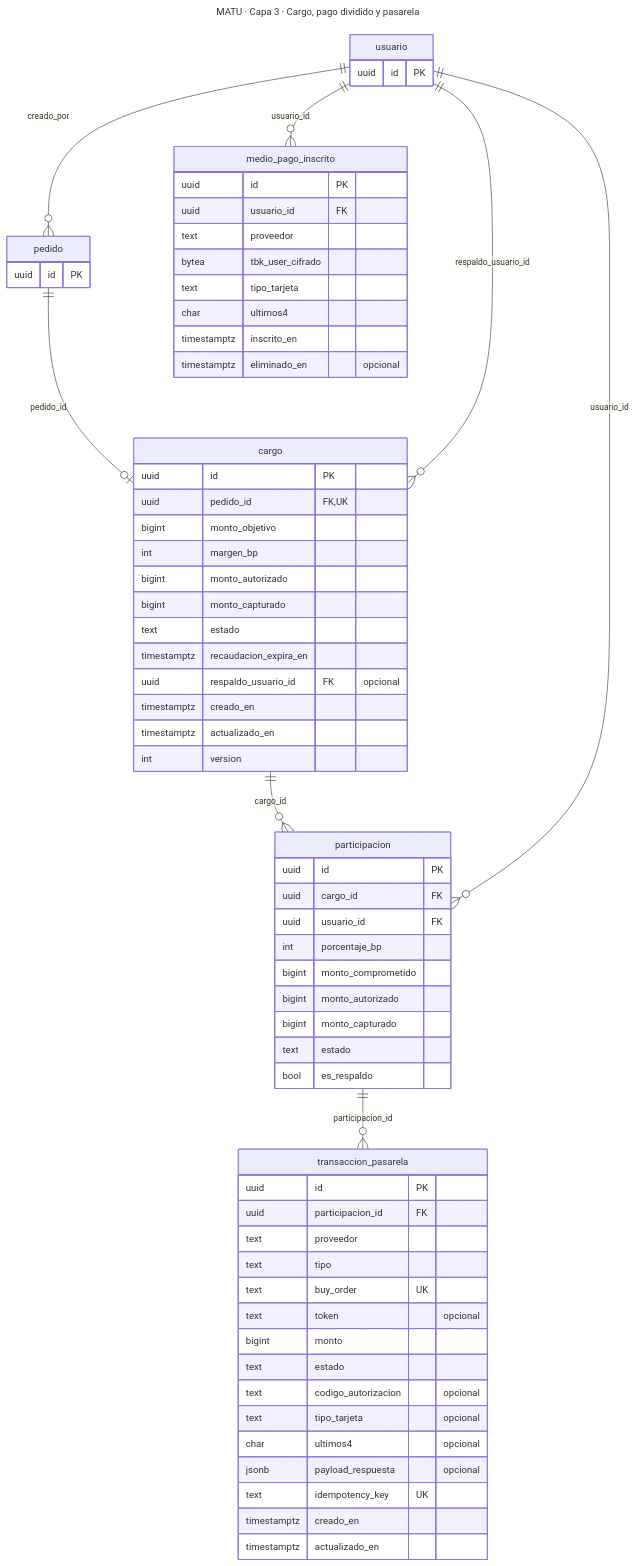
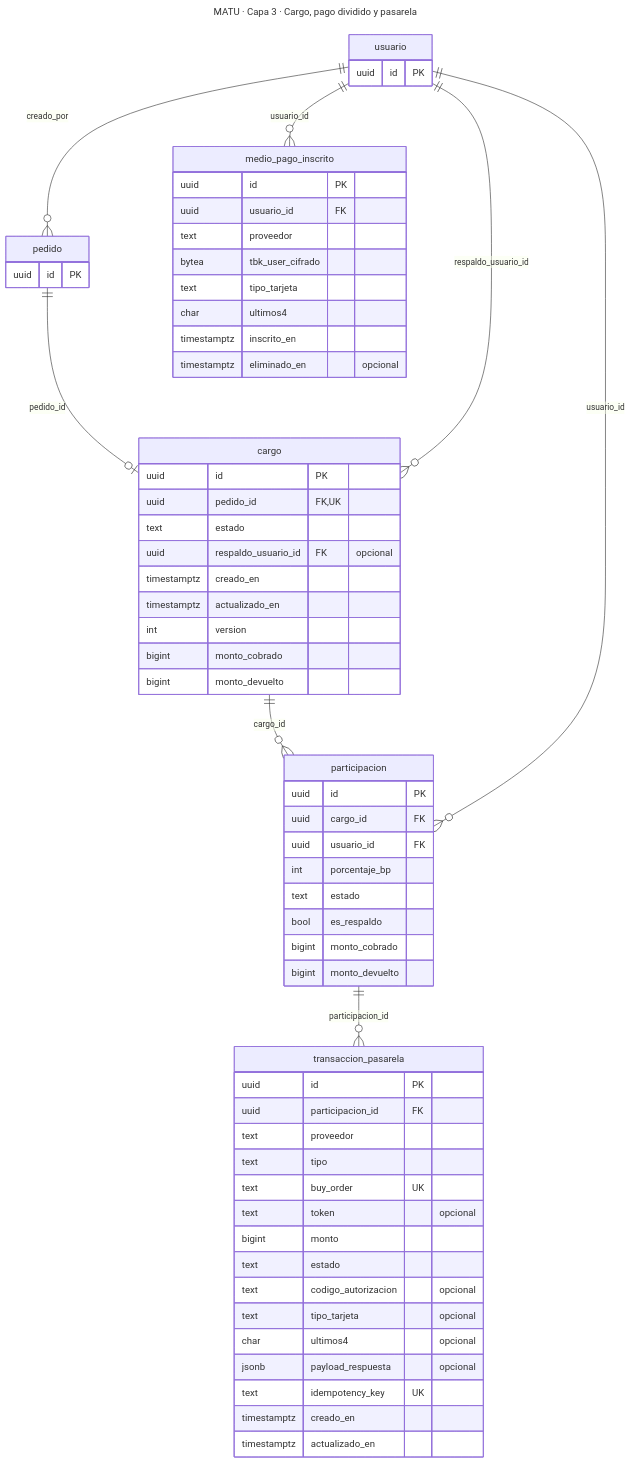
Before and after one commit to MartinHenriquez131/MATU: the diagram in docs/diagramas/modelo-datos/07-er-pagos.mmd, drawn with Mermaid. The commit also changed 5 other files, not shown here.

```diff
--- a/docs/diagramas/modelo-datos/07-er-pagos.mmd
+++ b/docs/diagramas/modelo-datos/07-er-pagos.mmd
@@ -1,69 +1,65 @@
 ---
 title: MATU · Capa 3 · Cargo, pago dividido y pasarela
 ---
 erDiagram
     pedido ||--o| cargo : "pedido_id"
     usuario ||--o{ cargo : "respaldo_usuario_id"
     usuario ||--o{ medio_pago_inscrito : "usuario_id"
     cargo ||--o{ participacion : "cargo_id"
     usuario ||--o{ participacion : "usuario_id"
     usuario ||--o{ pedido : "creado_por"
     participacion ||--o{ transaccion_pasarela : "participacion_id"
     cargo {
         uuid id PK
         uuid pedido_id FK, UK
-        bigint monto_objetivo
-        int margen_bp
-        bigint monto_autorizado
-        bigint monto_capturado
         text estado
-        timestamptz recaudacion_expira_en
         uuid respaldo_usuario_id FK "opcional"
         timestamptz creado_en
         timestamptz actualizado_en
         int version
+        bigint monto_cobrado
+        bigint monto_devuelto
     }
     participacion {
         uuid id PK
         uuid cargo_id FK
         uuid usuario_id FK
         int porcentaje_bp
-        bigint monto_comprometido
-        bigint monto_autorizado
-        bigint monto_capturado
         text estado
         bool es_respaldo
+        bigint monto_cobrado
+        bigint monto_devuelto
     }
     transaccion_pasarela {
         uuid id PK
         uuid participacion_id FK
         text proveedor
         text tipo
         text buy_order UK
         text token "opcional"
         bigint monto
         text estado
         text codigo_autorizacion "opcional"
         text tipo_tarjeta "opcional"
         char ultimos4 "opcional"
         jsonb payload_respuesta "opcional"
         text idempotency_key UK
         timestamptz creado_en
         timestamptz actualizado_en
     }
     medio_pago_inscrito {
         uuid id PK
         uuid usuario_id FK
         text proveedor
         bytea tbk_user_cifrado
         text tipo_tarjeta
         char ultimos4
         timestamptz inscrito_en
         timestamptz eliminado_en "opcional"
     }
     pedido {
         uuid id PK
     }
     usuario {
         uuid id PK
     }
```
